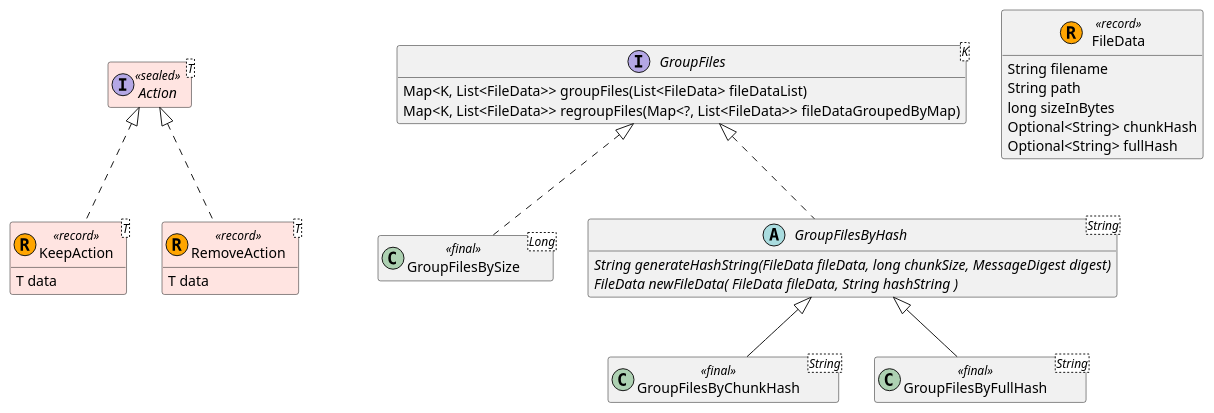
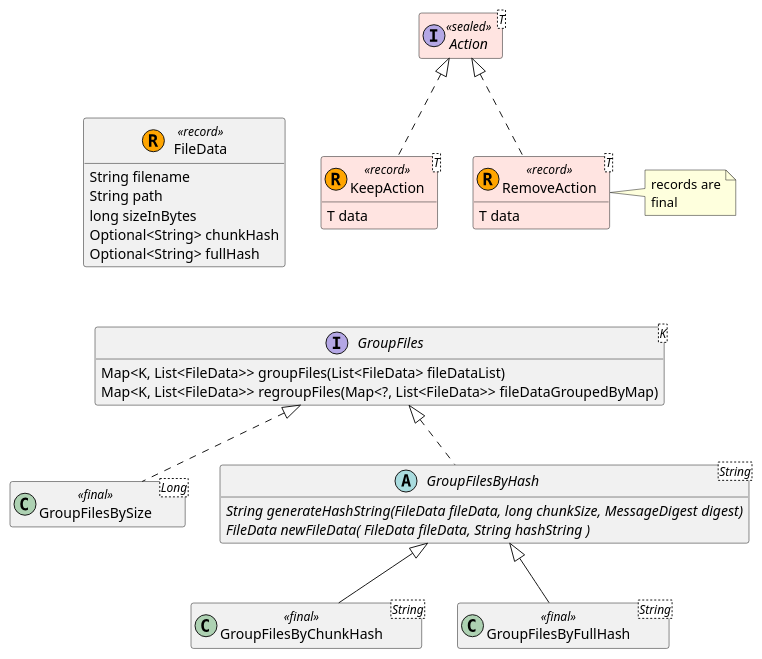
One commit to jamie-burns0/documents changed the diagram in clean-up-files-diagrams/action class diagram.puml. Above: the diagram before and after it, drawn with PlantUML. The commit also changed 4 other files, not shown here.

```diff
--- a/clean-up-files-diagrams/action class diagram.puml
+++ b/clean-up-files-diagrams/action class diagram.puml
@@ -1,37 +1,48 @@
 @startuml myclassdiagram
 
 hide empty members
 
 interface Action<T> <<sealed>> #MistyRose {}
 
 class KeepAction<T> << (R, Orange ) record>> #MistyRose implements Action {
     T data
 }
 class RemoveAction<T> << (R, Orange ) record>> #MistyRose implements Action {
     T data
 }
 
-interface GroupFiles<K> {
-    Map<K, List<FileData>> groupFiles(List<FileData> fileDataList)
-    Map<K, List<FileData>> regroupFiles(Map<?, List<FileData>> fileDataGroupedByMap)
+note right of RemoveAction
+    records are
+    final
+end note
+
+together {
+
+    interface GroupFiles<K> {
+        Map<K, List<FileData>> groupFiles(List<FileData> fileDataList)
+        Map<K, List<FileData>> regroupFiles(Map<?, List<FileData>> fileDataGroupedByMap)
+    }
+
+    class GroupFilesBySize<Long> << final >> implements GroupFiles {}
+
+    abstract class GroupFilesByHash<String> implements GroupFiles {
+        {abstract} String generateHashString(FileData fileData, long chunkSize, MessageDigest digest)
+        {abstract} FileData newFileData( FileData fileData, String hashString )
+    }
+
+    class GroupFilesByChunkHash<String> << final >> extends GroupFilesByHash {}
+    class GroupFilesByFullHash<String> << final >> extends GroupFilesByHash {}
 }
 
-class GroupFilesBySize<Long> << final >> implements GroupFiles {}
-
-abstract class GroupFilesByHash<String> implements GroupFiles {
-    {abstract} String generateHashString(FileData fileData, long chunkSize, MessageDigest digest)
-    {abstract} FileData newFileData( FileData fileData, String hashString )
-}
-
-class GroupFilesByChunkHash<String> << final >> extends GroupFilesByHash {}
-class GroupFilesByFullHash<String> << final >> extends GroupFilesByHash {}
+KeepAction -[hidden]- GroupFiles
+KeepAction -left[hidden]- FileData
 
 class FileData << (R, Orange ) record>> {
     String filename
     String path
     long sizeInBytes
     Optional<String> chunkHash
     Optional<String> fullHash
 }
 
 @enduml
```
